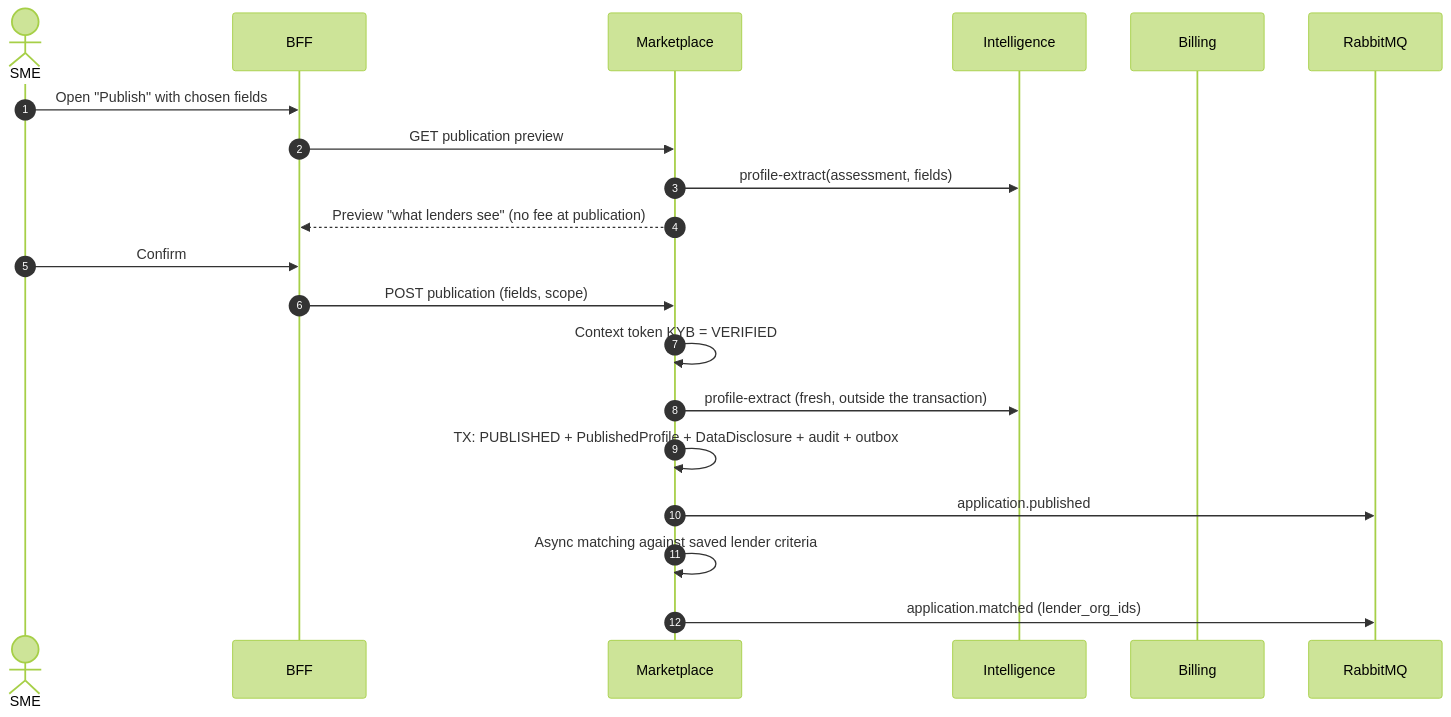
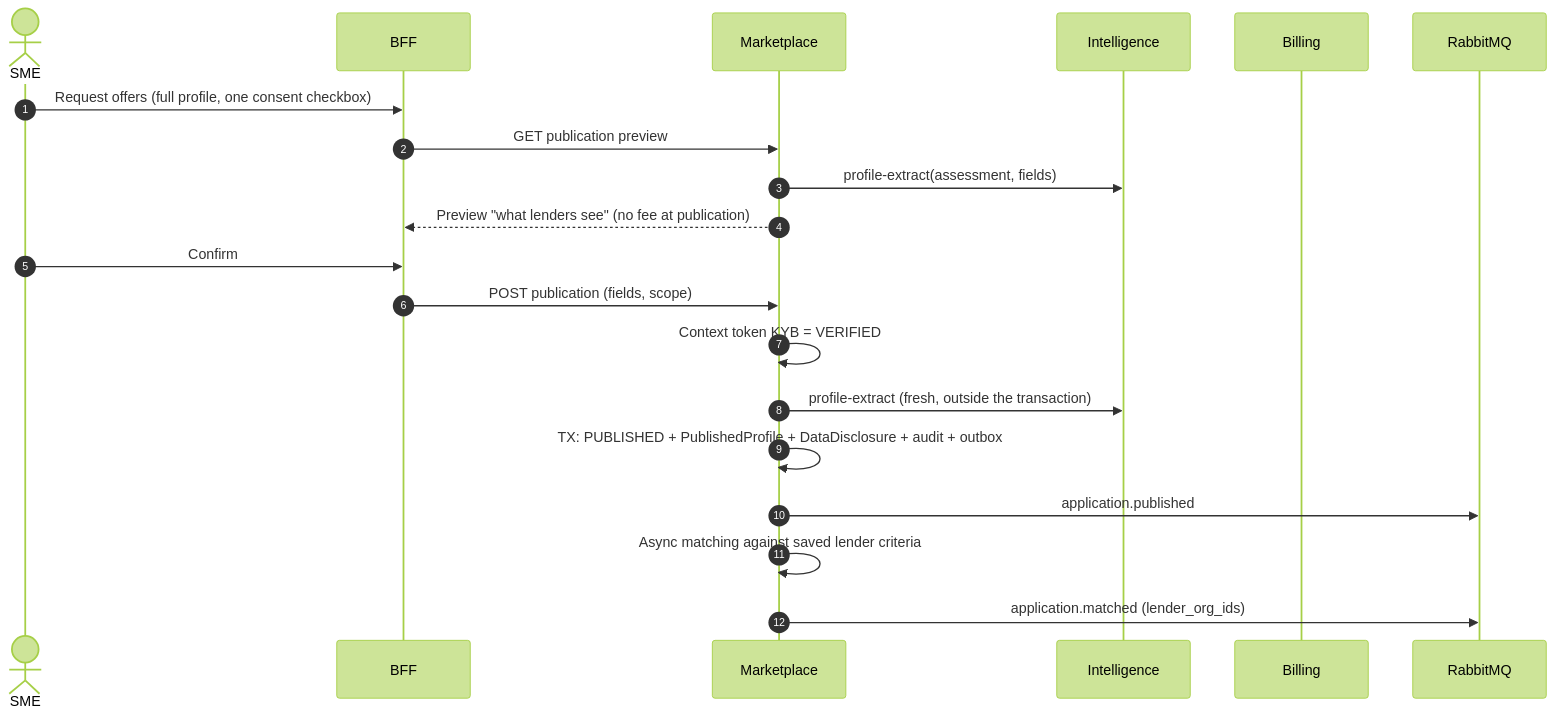
Before and after one commit to VanvikTOR03/credsort: the third of 4 diagrams in docs/architecture/06-runtime-and-integration.md, drawn with Mermaid (forest theme). The commit also changed other lines of this file and 70 other files, not shown here.

````diff
--- a/docs/architecture/06-runtime-and-integration.md
+++ b/docs/architecture/06-runtime-and-integration.md
@@ -139,22 +141,22 @@
 ```mermaid
 sequenceDiagram
   autonumber
   actor SME
   participant BFF as BFF
   participant MKT as Marketplace
   participant FI as Intelligence
   participant BIL as Billing
   participant MQ as RabbitMQ
-  SME->>BFF: Open "Publish" with chosen fields
+  SME->>BFF: Request offers (full profile, one consent checkbox)
   BFF->>MKT: GET publication preview
   MKT->>FI: profile-extract(assessment, fields)
   MKT-->>BFF: Preview "what lenders see" (no fee at publication)
   SME->>BFF: Confirm
   BFF->>MKT: POST publication (fields, scope)
   MKT->>MKT: Context token KYB = VERIFIED
   MKT->>FI: profile-extract (fresh, outside the transaction)
   MKT->>MKT: TX: PUBLISHED + PublishedProfile + DataDisclosure + audit + outbox
   MKT->>MQ: application.published
   MKT->>MKT: Async matching against saved lender criteria
   MKT->>MQ: application.matched (lender_org_ids)
 ```
````
